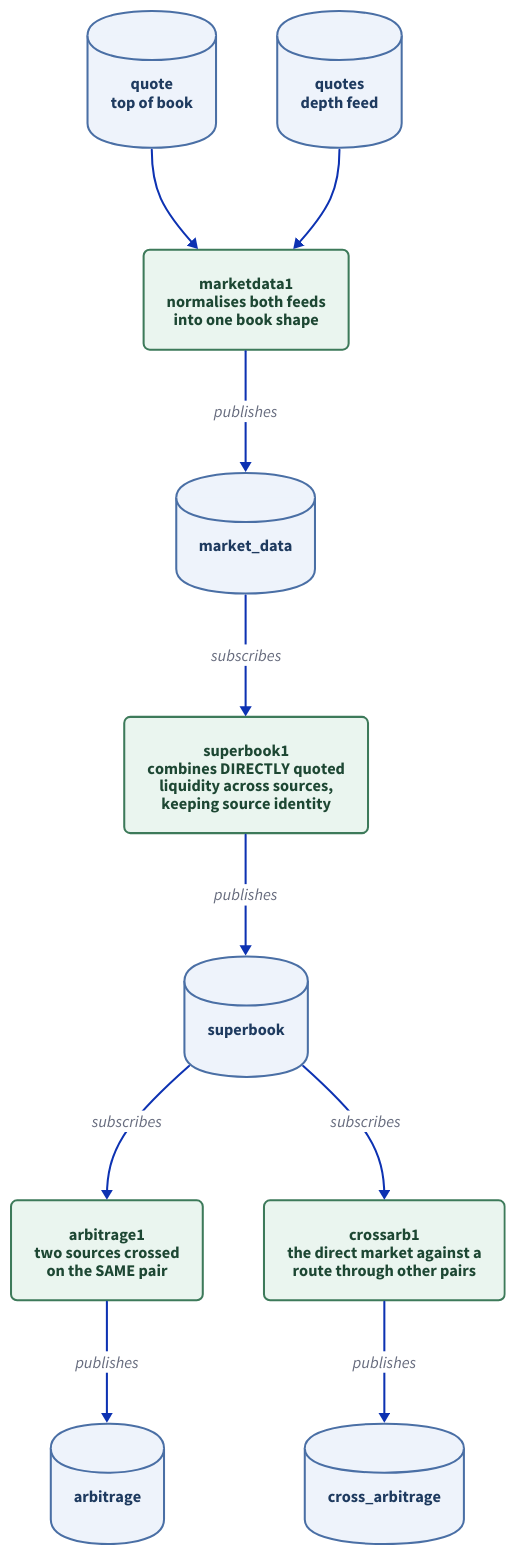
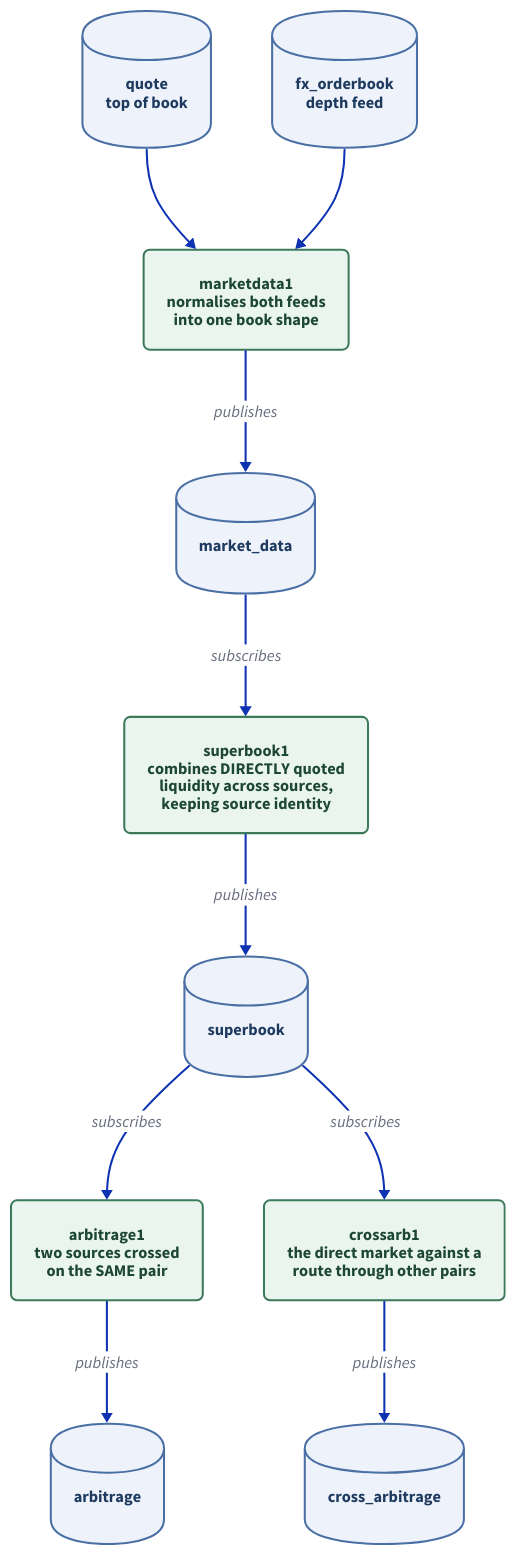
The diagram in docs/diagrams/superbook-chain.d2 (kwojdalski/uqf), drawn with D2 before and after one commit. The commit also changed 76 other files, not shown here.

```diff
--- a/docs/diagrams/superbook-chain.d2
+++ b/docs/diagrams/superbook-chain.d2
@@ -1,79 +1,79 @@
 # superbook-chain.d2 - the four-link chain from two quote feeds to arbitrage
 # rows, and where each link's table lands.
 #
 # Rendered by scripts/generate/render_diagrams.py, which CI runs with
 # --check. Embedded from docs/services/superbook.md.
 #
 # WHAT THIS DRAWS is that each link publishes an ordinary tickerplant table
 # and the next link subscribes to it. Nothing here is a call: superbook1 does
 # not invoke market_data, it subscribes to the table market_data publishes,
 # which is why the two can be restarted independently and why every
 # intermediate result is queryable in the RDB rather than living inside a
 # process.
 #
 # The cylinders are tables in the plant; the rectangles are processes. NO
 # PORT NUMBERS, deliberately: each process's port is derived from its
 # position in the PIPELINES registry, and docs/reference/processes.md
 # is GENERATED from that registry and held to it by a --check gate. A number
 # copied into this file would be a second copy with no gate on it, and the
 # first draft of this diagram already had one of them wrong.
 
 direction: down
 
 vars: {
   d2-config: {
     pad: 40
   }
 }
 
 classes: {
   producer: {
     style: {
       fill: "#f6f0e6"
       stroke: "#a8762f"
       font-color: "#5c3f13"
       border-radius: 6
     }
   }
   job: {
     style: {
       fill: "#eaf5ef"
       stroke: "#3d7a5a"
       font-color: "#1d4733"
       border-radius: 6
     }
   }
   table: {
     shape: cylinder
     style: {
       fill: "#eef3fb"
       stroke: "#4a6fa5"
       font-color: "#1e3a5f"
     }
   }
 }
 
 quote: "quote\ntop of book" { class: table }
-quotes: "quotes\ndepth feed" { class: table }
+fx_orderbook: "fx_orderbook\ndepth feed" { class: table }
 
 marketdata1: "marketdata1\nnormalises both feeds\ninto one book shape" { class: job }
 market_data: "market_data" { class: table }
 
 superbook1: "superbook1\ncombines DIRECTLY quoted\nliquidity across sources,\nkeeping source identity" { class: job }
 superbook: "superbook" { class: table }
 
 arbitrage1: "arbitrage1\ntwo sources crossed\non the SAME pair" { class: job }
 arbitrage: "arbitrage" { class: table }
 
 crossarb1: "crossarb1\nthe direct market against a\nroute through other pairs" { class: job }
 cross_arbitrage: "cross_arbitrage" { class: table }
 
 quote -> marketdata1
-quotes -> marketdata1
+fx_orderbook -> marketdata1
 marketdata1 -> market_data: "publishes"
 market_data -> superbook1: "subscribes"
 superbook1 -> superbook: "publishes"
 superbook -> arbitrage1: "subscribes"
 superbook -> crossarb1: "subscribes"
 arbitrage1 -> arbitrage: "publishes"
 crossarb1 -> cross_arbitrage: "publishes"
```
